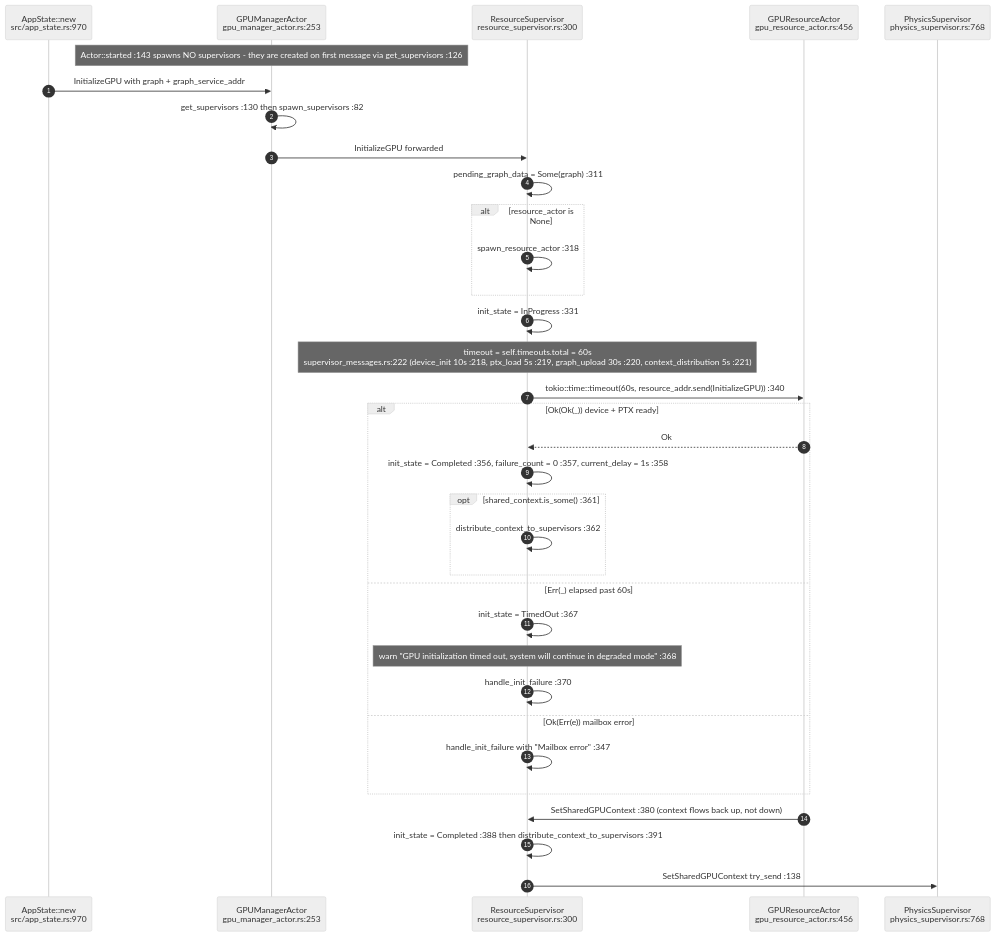
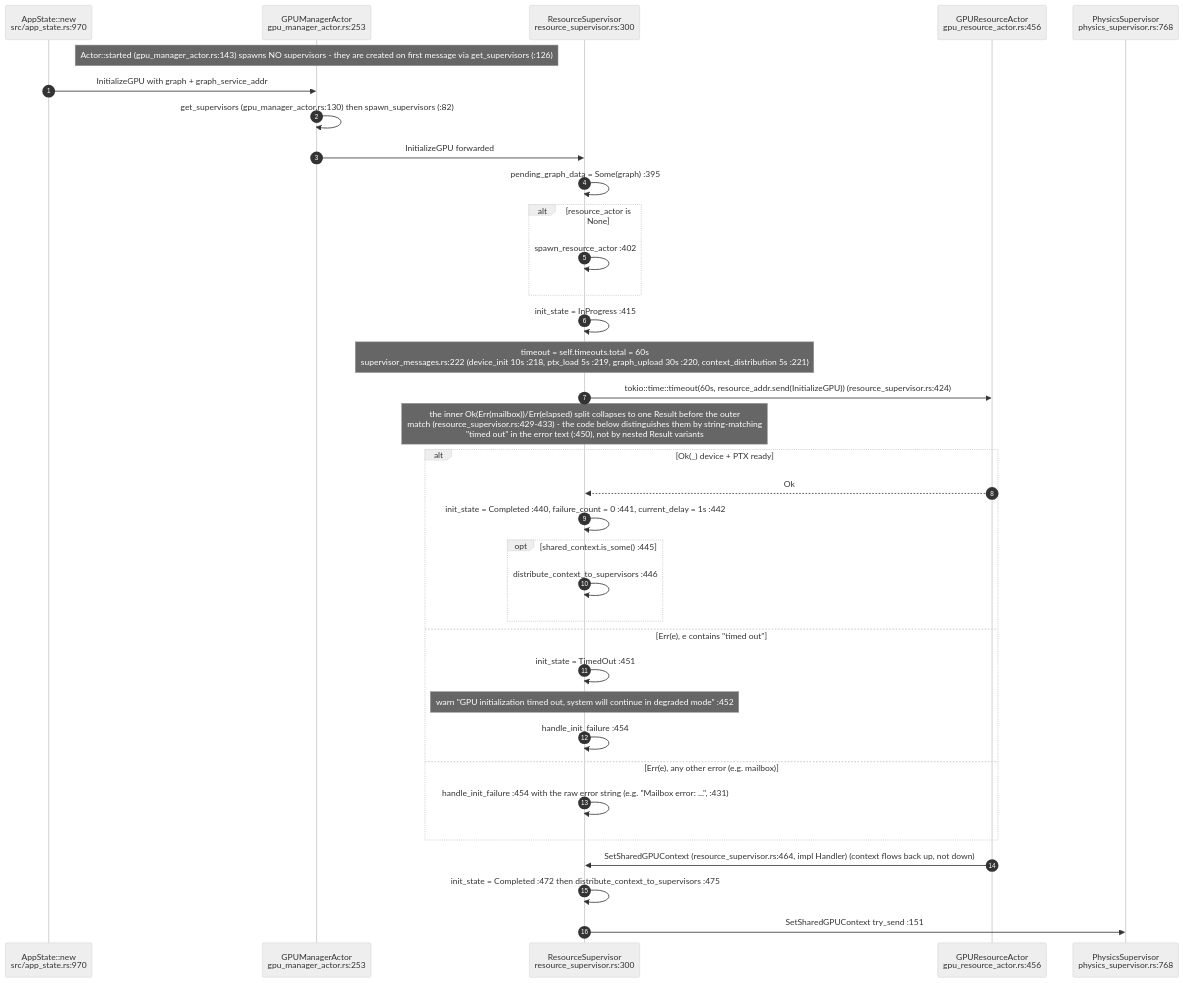
Before and after one commit to DreamLab-AI/VisionFlow: the second of 10 diagrams in docs/diagrams/visionclaw/10-gpu-supervision-and-context-bus.md, drawn with Mermaid (neutral theme). The commit also changed other lines of this file and 52 other files, not shown here.

First line of the commit message:
docs(diagrams): wave 3 checkpoint — bare line refs resolved, revision-pinned cite-check, VC-05/AB-01..13 re-attested

````diff
--- a/docs/diagrams/visionclaw/10-gpu-supervision-and-context-bus.md
+++ b/docs/diagrams/visionclaw/10-gpu-supervision-and-context-bus.md
@@ -86,37 +86,38 @@
 ```mermaid
 sequenceDiagram
     autonumber
     participant APP as AppState::new<br/>src/app_state.rs:970
     participant GM as GPUManagerActor<br/>gpu_manager_actor.rs:253
     participant RS as ResourceSupervisor<br/>resource_supervisor.rs:300
     participant GRA as GPUResourceActor<br/>gpu_resource_actor.rs:456
     participant PS as PhysicsSupervisor<br/>physics_supervisor.rs:768
 
-    Note over GM: Actor::started :143 spawns NO supervisors - they are created on first message via get_supervisors :126
+    Note over GM: Actor::started (gpu_manager_actor.rs:143) spawns NO supervisors - they are created on first message via get_supervisors (:126)
     APP->>GM: InitializeGPU with graph + graph_service_addr
-    GM->>GM: get_supervisors :130 then spawn_supervisors :82
+    GM->>GM: get_supervisors (gpu_manager_actor.rs:130) then spawn_supervisors (:82)
     GM->>RS: InitializeGPU forwarded
-    RS->>RS: pending_graph_data = Some(graph) :311
+    RS->>RS: pending_graph_data = Some(graph) :395
     alt resource_actor is None
-        RS->>RS: spawn_resource_actor :318
+        RS->>RS: spawn_resource_actor :402
     end
-    RS->>RS: init_state = InProgress :331
+    RS->>RS: init_state = InProgress :415
     Note over RS: timeout = self.timeouts.total = 60s<br/>supervisor_messages.rs:222 (device_init 10s :218, ptx_load 5s :219, graph_upload 30s :220, context_distribution 5s :221)
-    RS->>GRA: tokio::time::timeout(60s, resource_addr.send(InitializeGPU)) :340
-    alt Ok(Ok(_)) device + PTX ready
+    RS->>GRA: tokio::time::timeout(60s, resource_addr.send(InitializeGPU)) (resource_supervisor.rs:424)
+    Note over RS: the inner Ok(Err(mailbox))/Err(elapsed) split collapses to one Result before the outer<br/>match (resource_supervisor.rs:429-433) - the code below distinguishes them by string-matching<br/>"timed out" in the error text (:450), not by nested Result variants
+    alt Ok(_) device + PTX ready
         GRA-->>RS: Ok
-        RS->>RS: init_state = Completed :356, failure_count = 0 :357, current_delay = 1s :358
-        opt shared_context.is_some() :361
-            RS->>RS: distribute_context_to_supervisors :362
+        RS->>RS: init_state = Completed :440, failure_count = 0 :441, current_delay = 1s :442
+        opt shared_context.is_some() :445
+            RS->>RS: distribute_context_to_supervisors :446
         end
-    else Err(_) elapsed past 60s
-        RS->>RS: init_state = TimedOut :367
-        Note over RS: warn "GPU initialization timed out, system will continue in degraded mode" :368
-        RS->>RS: handle_init_failure :370
-    else Ok(Err(e)) mailbox error
-        RS->>RS: handle_init_failure with "Mailbox error" :347
+    else Err(e), e contains "timed out"
+        RS->>RS: init_state = TimedOut :451
+        Note over RS: warn "GPU initialization timed out, system will continue in degraded mode" :452
+        RS->>RS: handle_init_failure :454
+    else Err(e), any other error (e.g. mailbox)
+        RS->>RS: handle_init_failure :454 with the raw error string (e.g. "Mailbox error: ...", :431)
     end
-    GRA->>RS: SetSharedGPUContext :380 (context flows back up, not down)
-    RS->>RS: init_state = Completed :388 then distribute_context_to_supervisors :391
-    RS->>PS: SetSharedGPUContext try_send :138
+    GRA->>RS: SetSharedGPUContext (resource_supervisor.rs:464, impl Handler) (context flows back up, not down)
+    RS->>RS: init_state = Completed :472 then distribute_context_to_supervisors :475
+    RS->>PS: SetSharedGPUContext try_send :151
 ```
````
